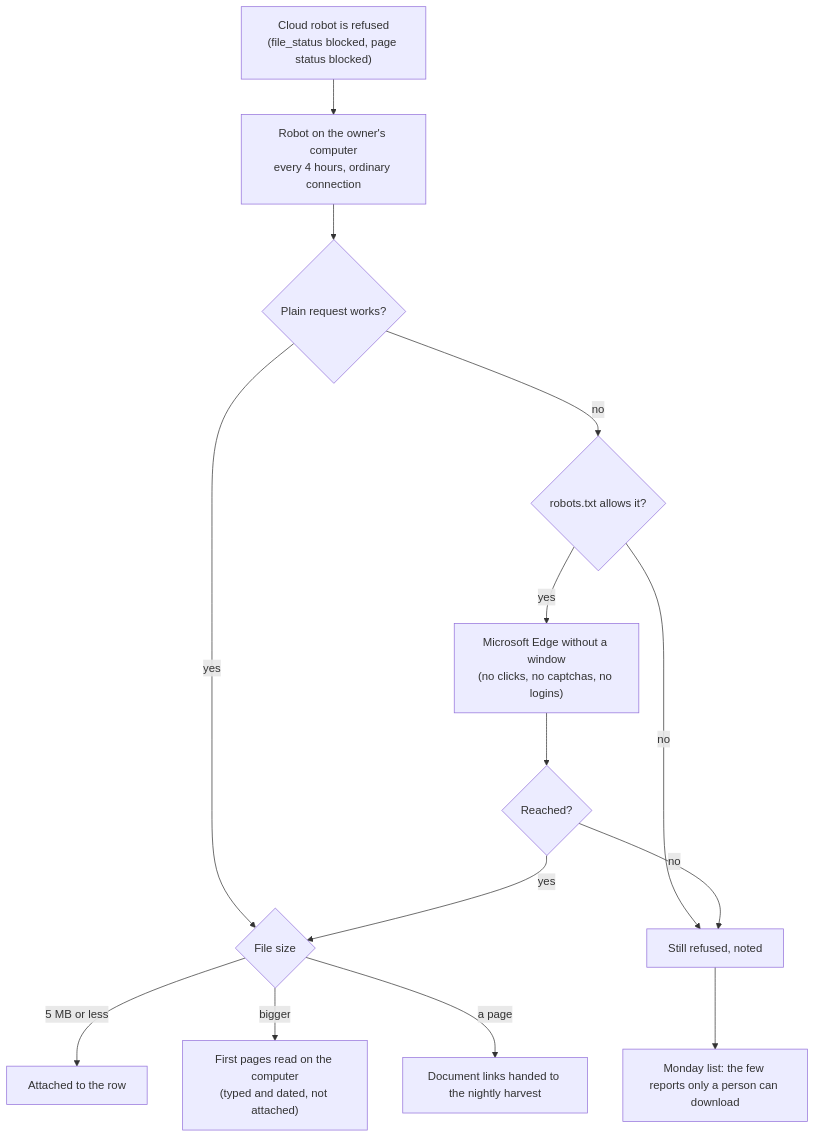
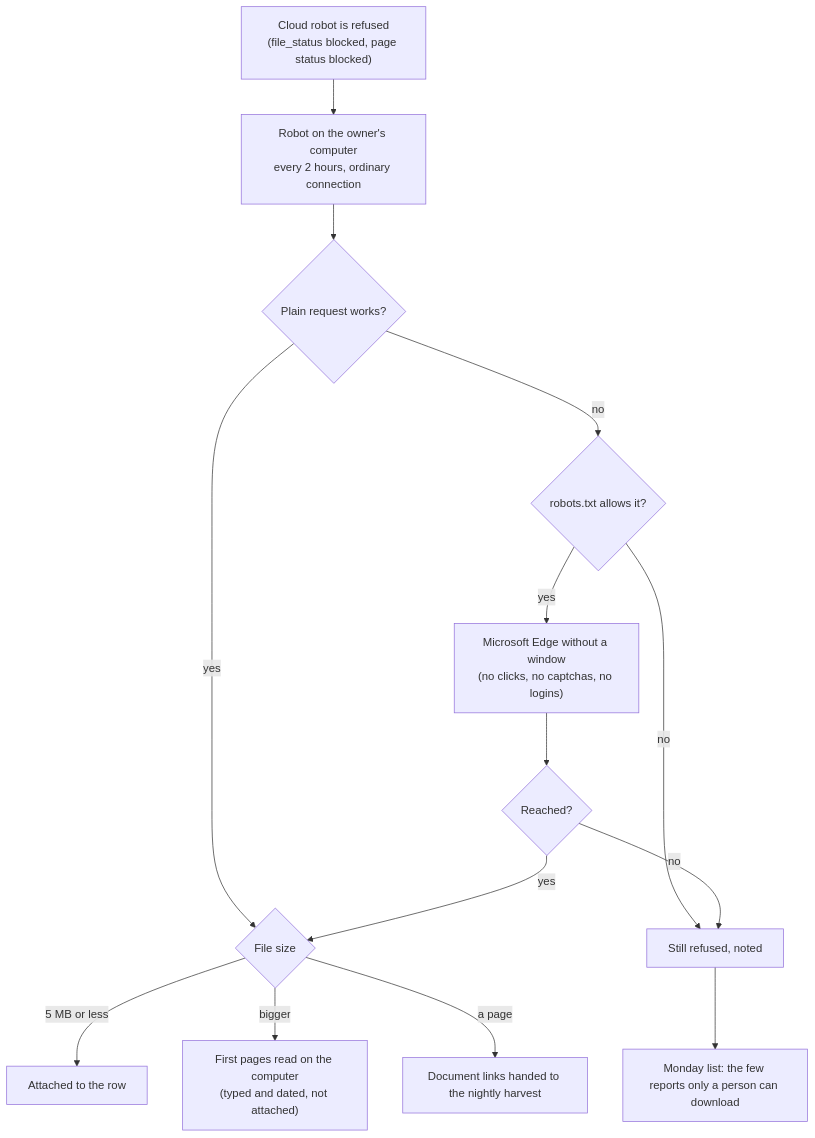
Before and after one commit to led2192/wba-link-monitor: the ninth of 11 diagrams in docs/diagrams.md, drawn with Mermaid. The commit also changed other lines of this file and 12 other files, not shown here.

````diff
--- a/docs/diagrams.md
+++ b/docs/diagrams.md
@@ -182,16 +182,16 @@
 ```mermaid
 flowchart TD
-  A["Cloud robot is refused<br/>(file_status blocked, page status blocked)"] --> B["Robot on the owner's computer<br/>every 4 hours, ordinary connection"]
+  A["Cloud robot is refused<br/>(file_status blocked, page status blocked)"] --> B["Robot on the owner's computer<br/>every 2 hours, ordinary connection"]
   B --> C{"Plain request works?"}
   C -- yes --> OK
   C -- no --> R{"robots.txt allows it?"}
   R -- no --> NO["Still refused, noted"]
   R -- yes --> D["Microsoft Edge without a window<br/>(no clicks, no captchas, no logins)"]
   D --> E{"Reached?"}
   E -- yes --> OK{"File size"}
   E -- no --> NO
   OK -- "5 MB or less" --> AT["Attached to the row"]
   OK -- "bigger" --> RD["First pages read on the computer<br/>(typed and dated, not attached)"]
   OK -- "a page" --> PG["Document links handed to the nightly harvest"]
   NO --> MON["Monday list: the few reports only a person can download"]
 ```
````
